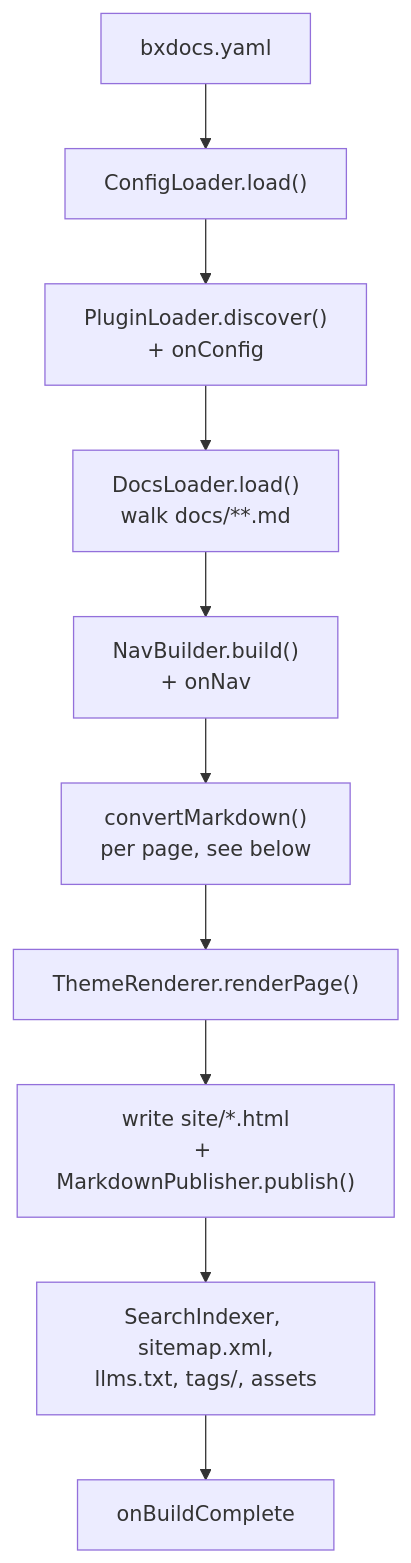
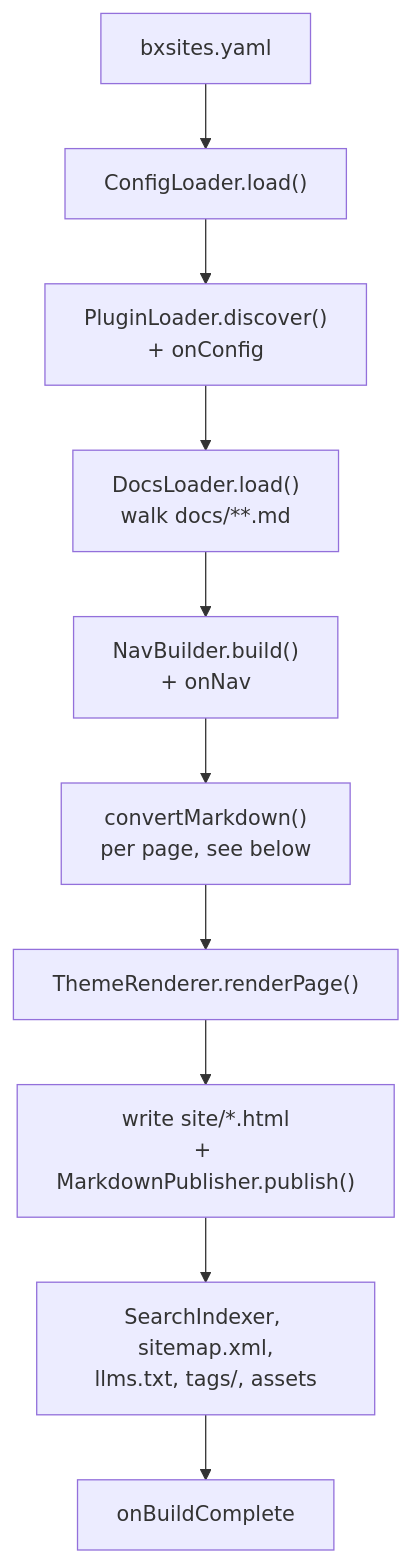
Before and after one commit to ortus-boxlang/bx-sites: the first of 2 diagrams in MODULE_SPEC.md, drawn with Mermaid. The commit also changed other lines of this file and 266 other files, not shown here.

````diff
--- a/MODULE_SPEC.md
+++ b/MODULE_SPEC.md
@@ -85,12 +85,12 @@
 ```mermaid
 flowchart TD
-    A["bxdocs.yaml"] --> B["ConfigLoader.load()"]
+    A["bxsites.yaml"] --> B["ConfigLoader.load()"]
     B --> C["PluginLoader.discover()\n+ onConfig"]
     C --> D["DocsLoader.load()\nwalk docs/**.md"]
     D --> E["NavBuilder.build()\n+ onNav"]
     E --> F["convertMarkdown()\nper page, see below"]
     F --> G["ThemeRenderer.renderPage()"]
     G --> H["write site/*.html\n+ MarkdownPublisher.publish()"]
     H --> I["SearchIndexer, sitemap.xml,\nllms.txt, tags/, assets"]
     I --> J["onBuildComplete"]
 ```
````
